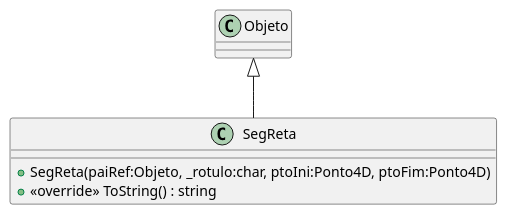
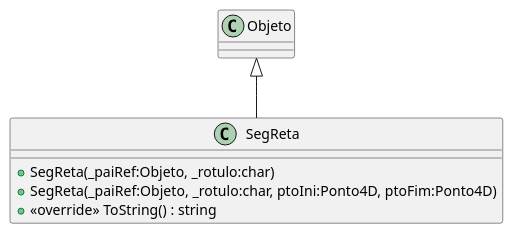
One commit to dalton-reis/CG_2024_1 changed the diagram in Unidade2/CG_N2_Exemplo/plantuml/SegReta.puml. Above: the diagram before and after it, drawn with PlantUML. The commit also changed 42 other files, not shown here.

```diff
--- a/Unidade2/CG_N2_Exemplo/plantuml/SegReta.puml
+++ b/Unidade2/CG_N2_Exemplo/plantuml/SegReta.puml
@@ -1,7 +1,8 @@
 @startuml
 class SegReta {
-    + SegReta(paiRef:Objeto, _rotulo:char, ptoIni:Ponto4D, ptoFim:Ponto4D)
+    + SegReta(_paiRef:Objeto, _rotulo:char)
+    + SegReta(_paiRef:Objeto, _rotulo:char, ptoIni:Ponto4D, ptoFim:Ponto4D)
     + <<override>> ToString() : string
 }
 Objeto <|-- SegReta
 @enduml
```
